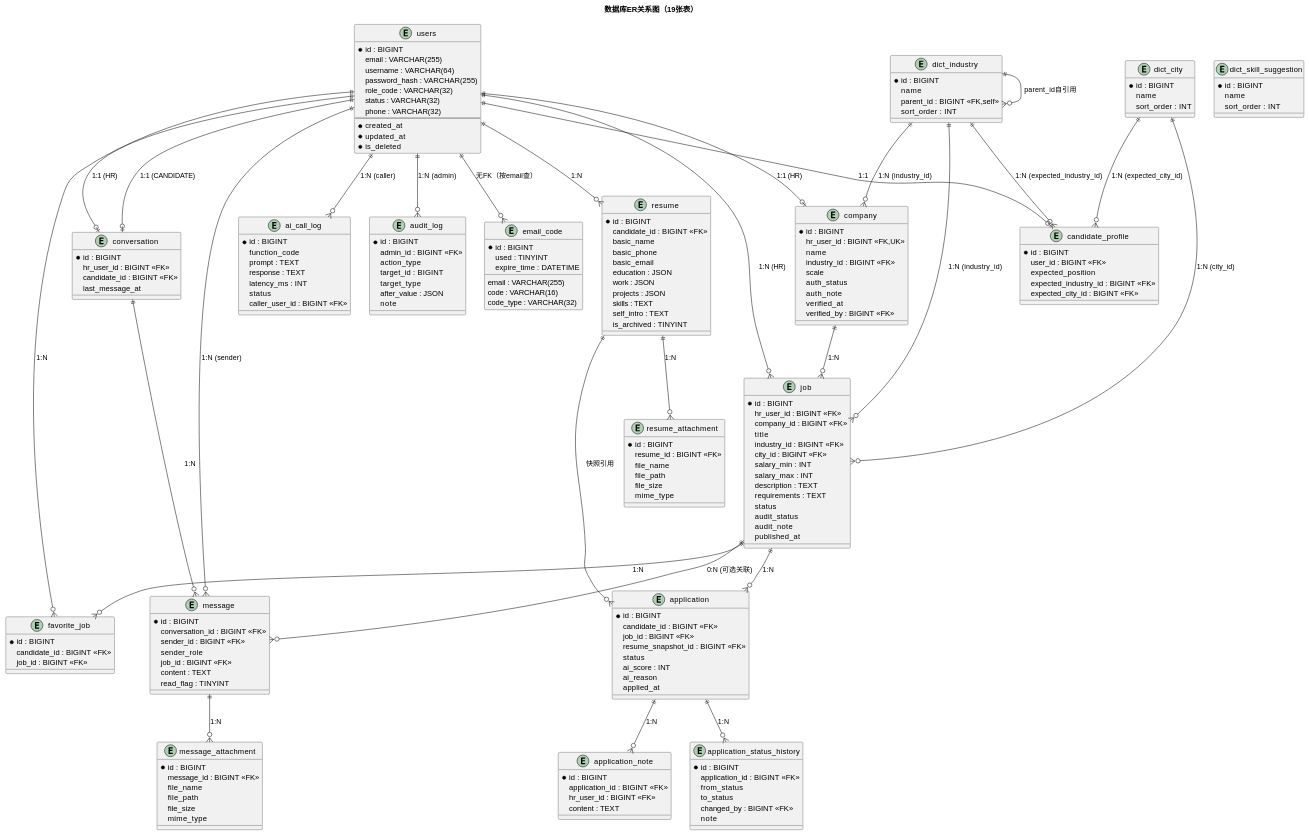
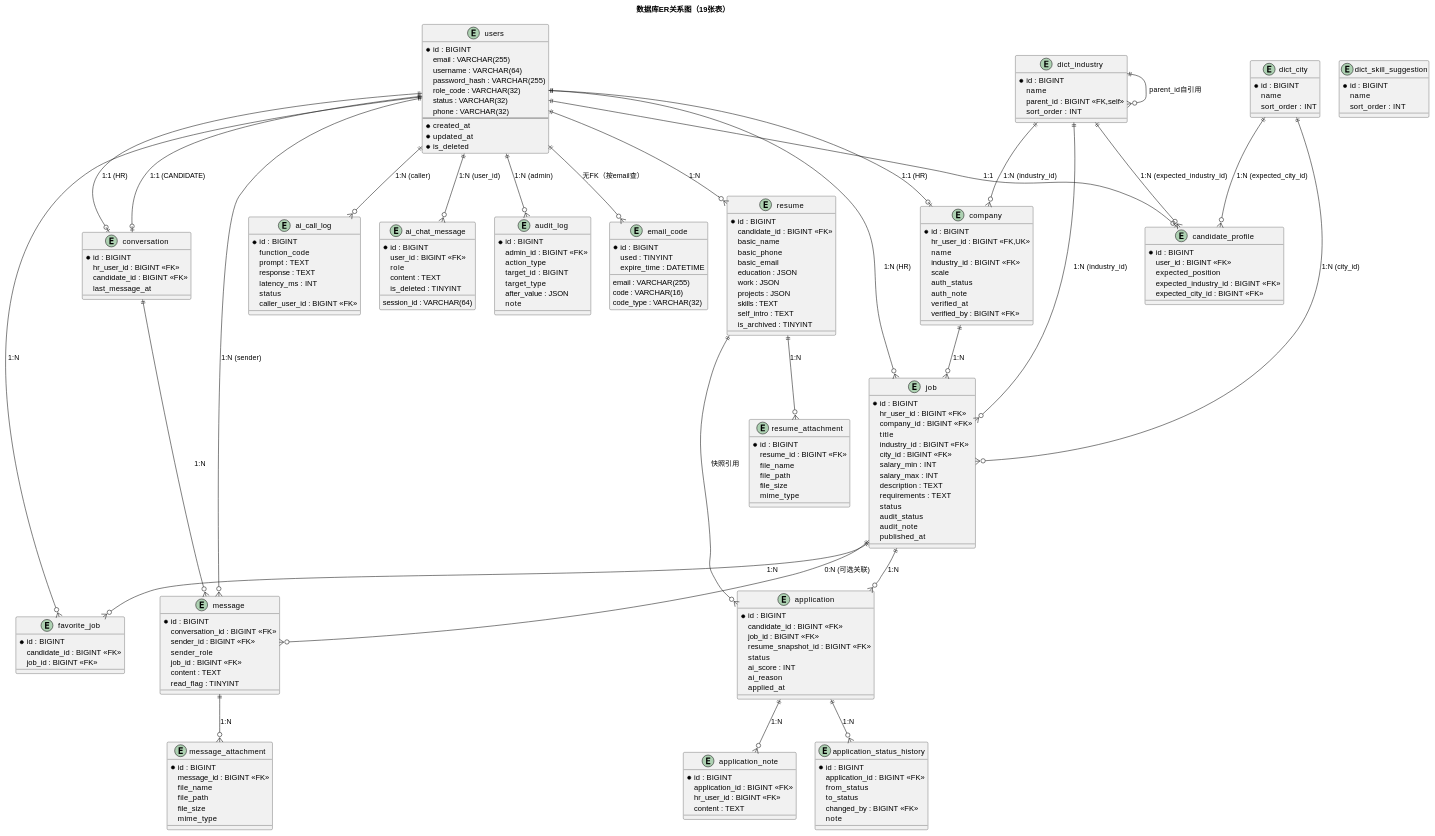
Before and after one commit to wendy-zw-yang/recruitment_system: the diagram in docs/DataBase/数据库设计.md, drawn with PlantUML. The commit also changed other lines of this file and 22 other files, not shown here.

```diff
--- a/docs/DataBase/数据库设计.md
+++ b/docs/DataBase/数据库设计.md
@@ -234,6 +236,15 @@
   caller_user_id : BIGINT <<FK>>
 }
 
+entity "ai_chat_message" as AICHAT {
+  *id : BIGINT
+  user_id : BIGINT <<FK>>
+  session_id : VARCHAR(64)
+  role
+  content : TEXT
+  is_deleted : TINYINT
+}
+
 entity "audit_log" as AL {
   *id : BIGINT
   admin_id : BIGINT <<FK>>
@@ -271,6 +282,7 @@
 DC ||--o{ J : "1:N (city_id)"
 DC ||--o{ CP : "1:N (expected_city_id)"
 U ||--o{ AIC : "1:N (caller)"
+U ||--o{ AICHAT : "1:N (user_id)"
 U ||--o{ AL : "1:N (admin)"
 
 @enduml
```
